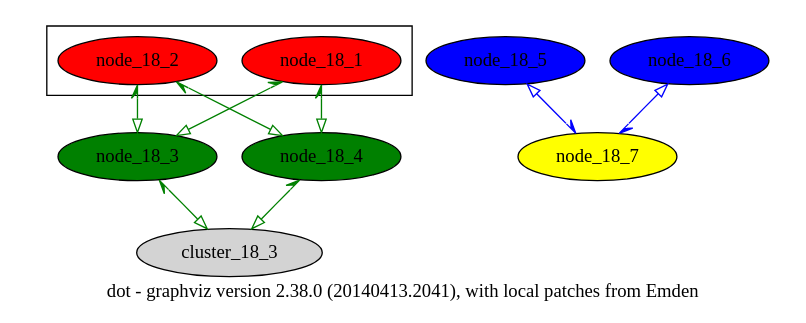
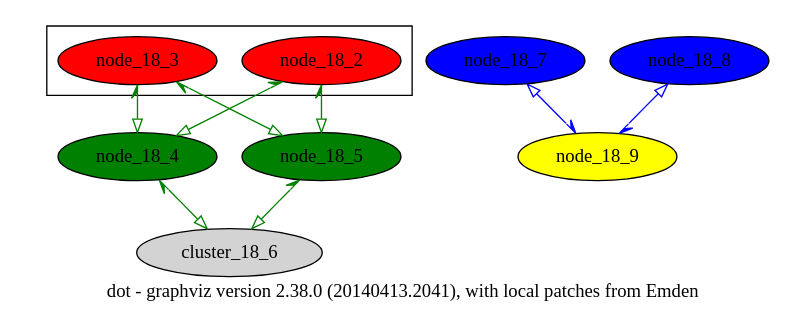
The diagram in data/18.gv (graphviz-perl/GraphViz2-Marpa), drawn with Graphviz before and after one commit. The commit also changed 17 other files, not shown here.

```diff
--- a/data/18.gv
+++ b/data/18.gv
@@ -1,62 +1,62 @@
 digraph graph_18
 {
 	label = "dot - graphviz version 2.38.0 (20140413.2041), with local patches from Emden"
 
 	node [style = filled]
 
 	# Subgraph 1.
 
 	subgraph cluster_18_1
 	{
 		label = ""
 
 		node [fillcolor = red]
 
-		node_18_1
 		node_18_2
+		node_18_3
 	}
 
 	->
 
 	subgraph
 	{
 		node [fillcolor = green]
 
-		node_18_3
 		node_18_4
+		node_18_5
 	}
 
 	->
 
-	cluster_18_3
+	cluster_18_6
 
 	[
 		arrowhead = "empty",
 		arrowtail = "halfopen"
 		color     = green
 		dir       = "both",
 	]
 
 	# The above is just a node, because without the literal 'subgraph',
 	# it does not represent the name of the following subgraph.
 
 	# Subgraph 3.
 
 	{
-		node_18_5 [fillcolor = blue]
-		node_18_6 [fillcolor = blue]
+		node_18_7 [fillcolor = blue]
+		node_18_8 [fillcolor = blue]
 	}
 
 	->
 
 	{
-		node_18_7 [fillcolor = yellow]
+		node_18_9 [fillcolor = yellow]
 	}
 
 	[
 		arrowhead = "halfopen",
 		arrowtail = "empty"
 		color     = blue
 		dir       = "both",
 	]
 }
```
